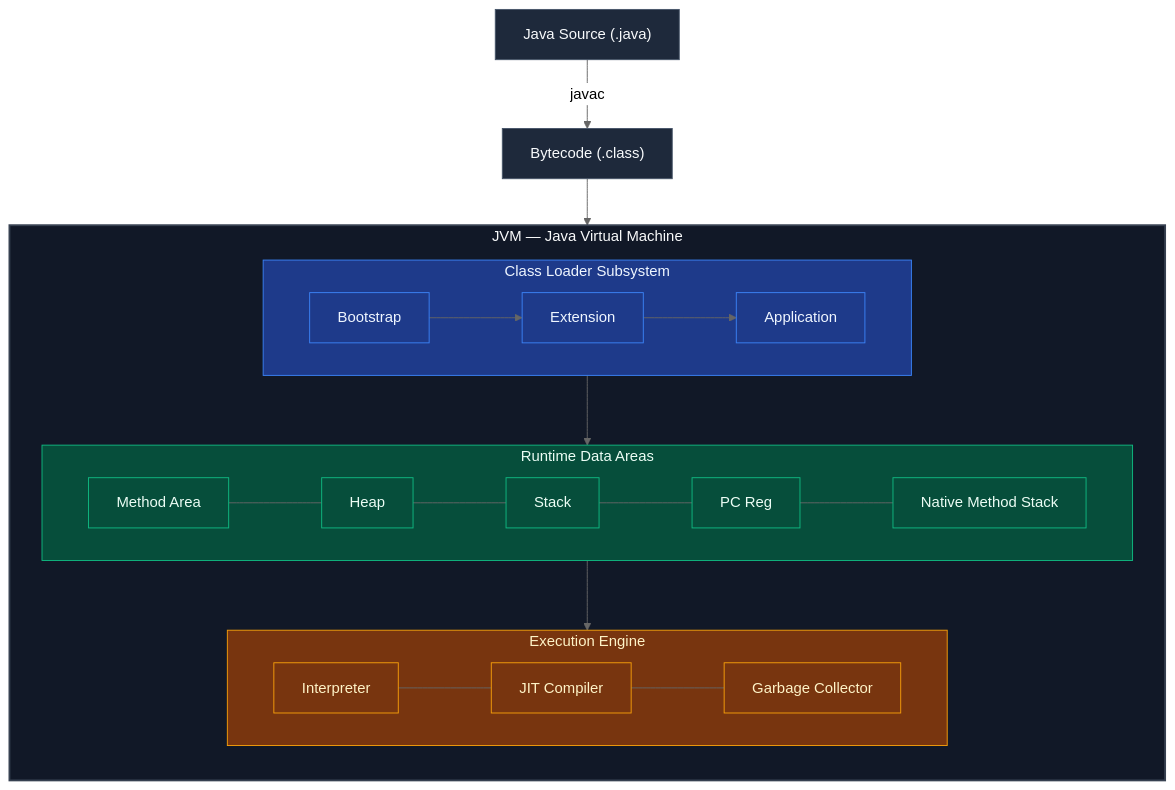
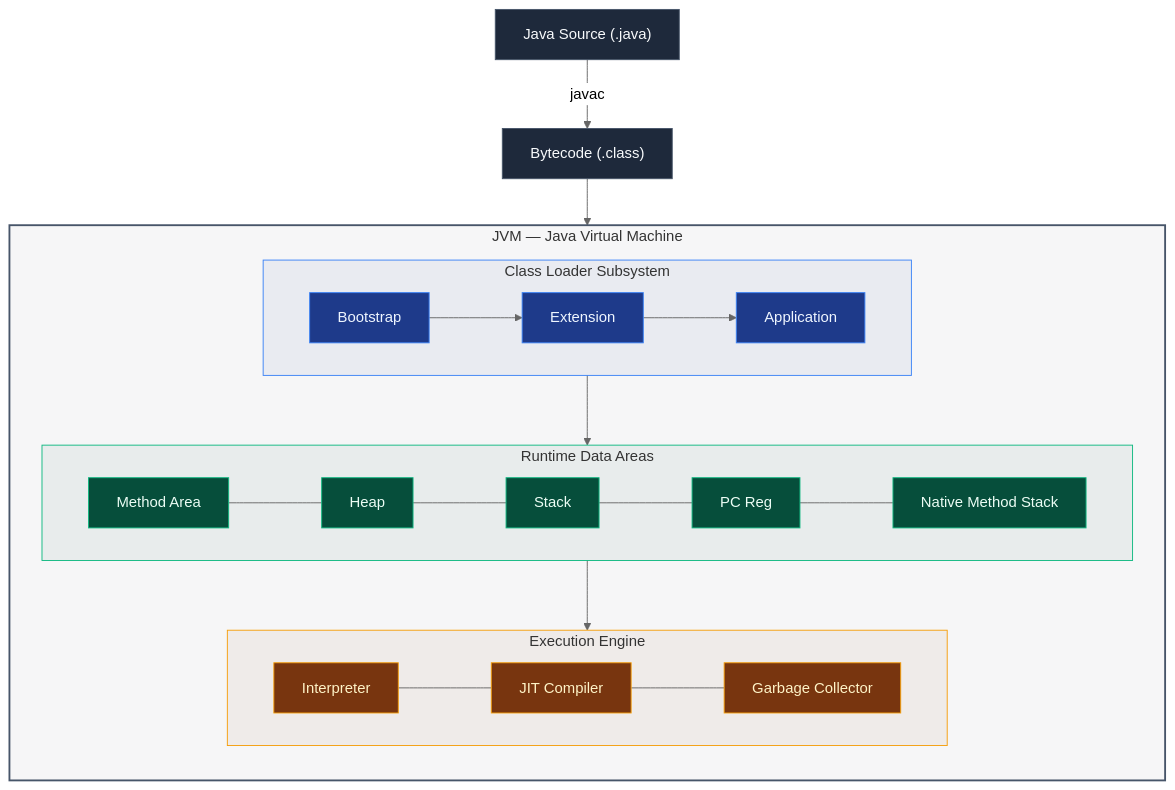
One commit to SaiTeja301/My_Interview_Preparation changed the second of 19 diagrams in Java_jdbc_hibernate_SpringBoot/analysis/Java_Analysis.md. Above: the diagram before and after it, drawn with Mermaid (neutral theme). The commit also changed other lines of this file, not shown here.

Commit message:
docs(java): audit core chapters and optimize 19 Mermaid diagrams for light/dark theme contrast

````diff
--- a/Java_jdbc_hibernate_SpringBoot/analysis/Java_Analysis.md
+++ b/Java_jdbc_hibernate_SpringBoot/analysis/Java_Analysis.md
@@ -78,40 +82,40 @@
 ```mermaid
-graph TD
+flowchart TD
     A["Java Source (.java)"] -->|javac| B["Bytecode (.class)"]
     B --> JVM
 
     subgraph JVM ["JVM — Java Virtual Machine"]
         direction TB
         subgraph CL ["Class Loader Subsystem"]
             direction LR
             CL1["Bootstrap"] --> CL2["Extension"] --> CL3["Application"]
         end
 
         subgraph RDA ["Runtime Data Areas"]
             direction LR
             MA["Method Area"] --- HP["Heap"] --- ST["Stack"] --- PC["PC Reg"] --- NMS["Native Method Stack"]
         end
 
         subgraph EE ["Execution Engine"]
             direction LR
             INT["Interpreter"] --- JIT["JIT Compiler"] --- GC["Garbage Collector"]
         end
 
         CL --> RDA
         RDA --> EE
     end
 
     classDef default fill:#1E293B,stroke:#475569,color:#F8FAFC,stroke-width:1px;
     classDef clClass fill:#1E3A8A,stroke:#3B82F6,color:#EFF6FF,stroke-width:1px;
     classDef rdaClass fill:#064E3B,stroke:#10B981,color:#ECFDF5,stroke-width:1px;
     classDef eeClass fill:#78350F,stroke:#F59E0B,color:#FEF3C7,stroke-width:1px;
 
     class CL1,CL2,CL3 clClass;
     class MA,HP,ST,PC,NMS rdaClass;
     class INT,JIT,GC eeClass;
 
-    style JVM fill:#111827,stroke:#374151,color:#F9FAFB,stroke-width:2px
-    style CL fill:#1E3A8A,stroke:#3B82F6,color:#EFF6FF,stroke-width:1px
-    style RDA fill:#064E3B,stroke:#10B981,color:#ECFDF5,stroke-width:1px
-    style EE fill:#78350F,stroke:#F59E0B,color:#FEF3C7,stroke-width:1px
+    style JVM fill:#1E293B0A,stroke:#475569,stroke-width:2px
+    style CL fill:#1E3A8A0F,stroke:#3B82F6,stroke-width:1px
+    style RDA fill:#064E3B0F,stroke:#10B981,stroke-width:1px
+    style EE fill:#78350F0F,stroke:#F59E0B,stroke-width:1px
 ```
````
